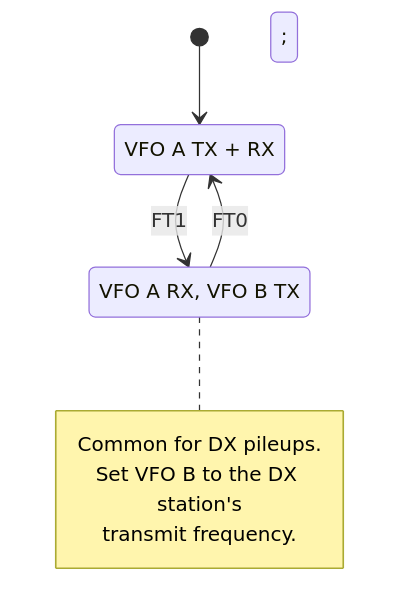
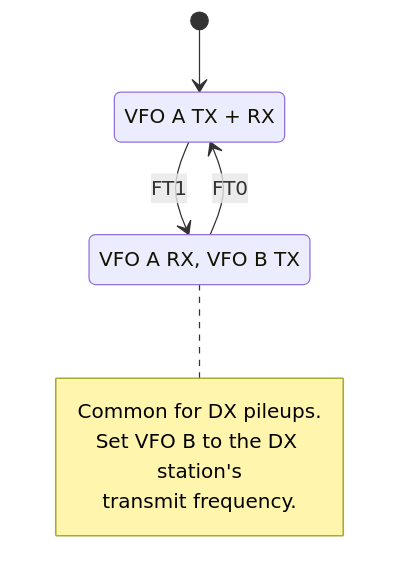
Before and after one commit to radiolabme/elecraft-docs: the diagram in src/content/docs/programming/advanced.md, drawn with Mermaid. The commit also changed 7 other files, not shown here.

First line of the commit message:
Fix Mermaid state diagram parse errors caused by semicolons in transition labels

````diff
--- a/src/content/docs/programming/advanced.md
+++ b/src/content/docs/programming/advanced.md
@@ -53,14 +53,14 @@
 ```mermaid
 stateDiagram-v2
     [*] --> Simplex
     Simplex: VFO A TX + RX
-    Simplex --> Split: FT1;
+    Simplex --> Split : FT1
     Split: VFO A RX, VFO B TX
-    Split --> Simplex: FT0;
+    Split --> Simplex : FT0
 
     note right of Split
         Common for DX pileups.
         Set VFO B to the DX station's
         transmit frequency.
     end note
 ```
````
